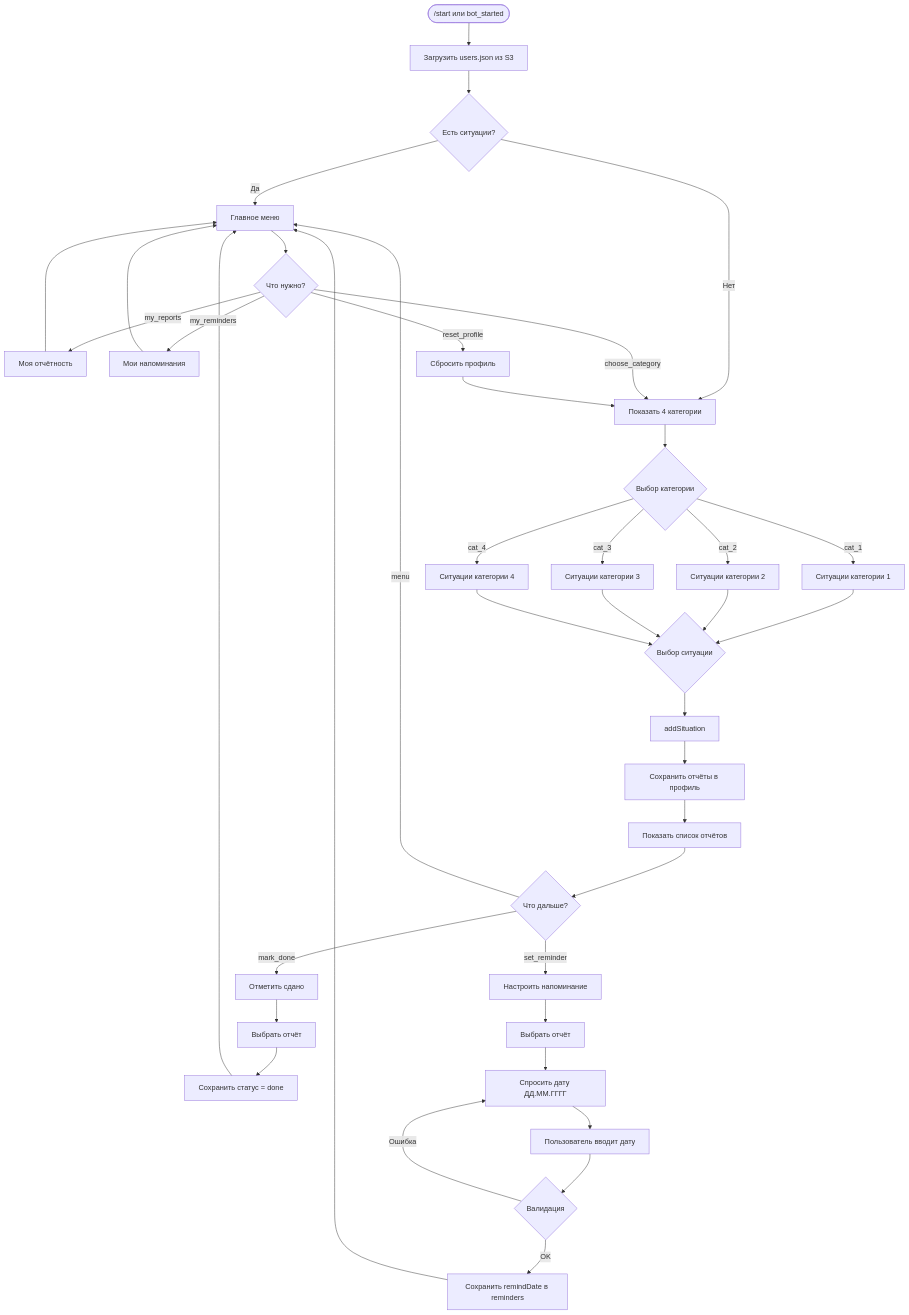
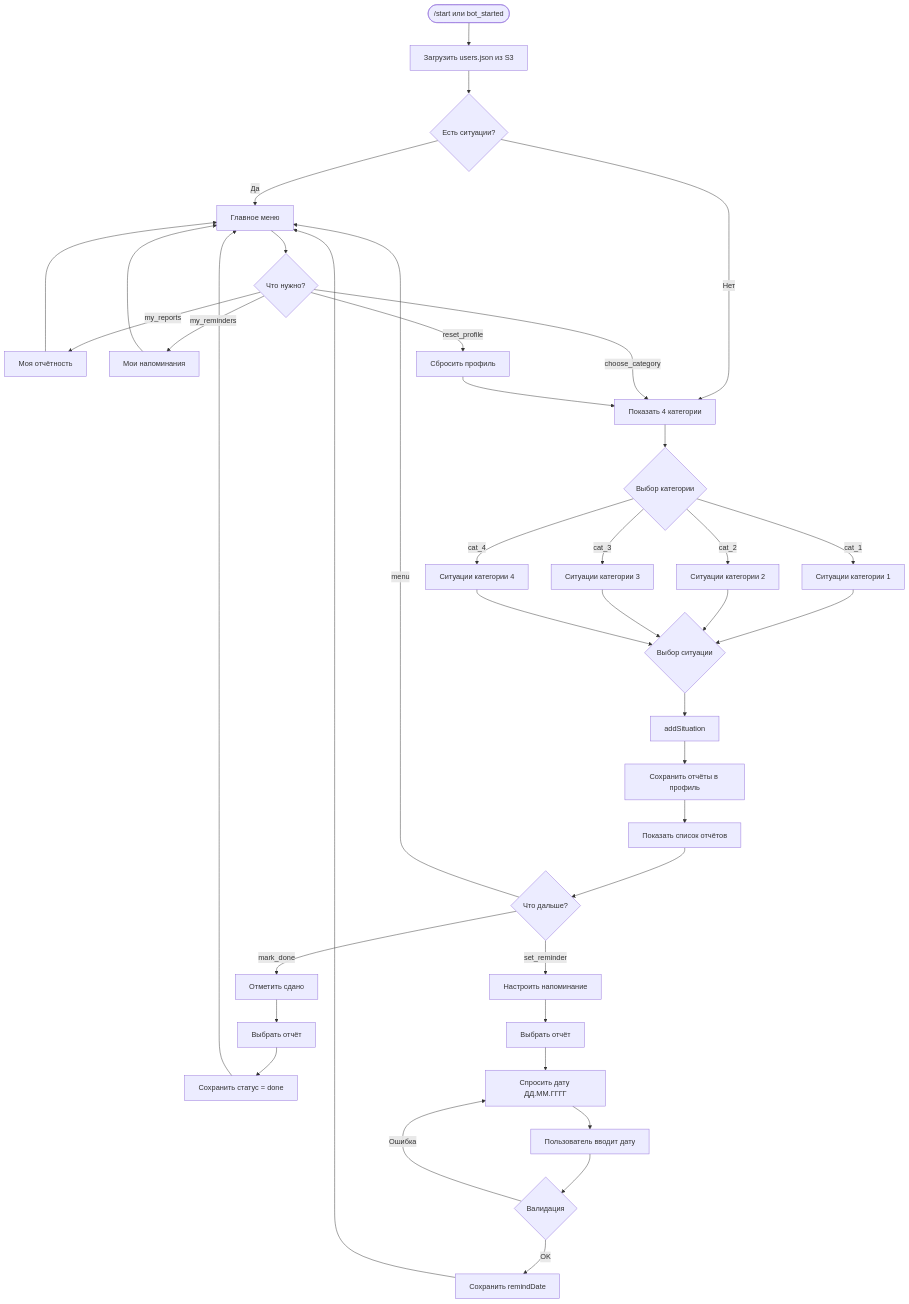
Before and after one commit to Saigafarova/Tax_Reminder_Bot: the diagram in README.md, drawn with Mermaid. The commit also changed other lines of this file, not shown here.

````diff
--- a/README.md
+++ b/README.md
@@ -63,50 +66,50 @@
 ```mermaid
 flowchart TD
     Start([/start или bot_started]) --> LoadUsers[Загрузить users.json из S3]
     LoadUsers --> CheckProfile{Есть ситуации?}
     
     CheckProfile -->|Да| MainMenu[Главное меню]
     CheckProfile -->|Нет| ShowCategories[Показать 4 категории]
     
     ShowCategories --> CategoryChoice{Выбор категории}
     CategoryChoice -->|cat_1| ShowSit1[Ситуации категории 1]
     CategoryChoice -->|cat_2| ShowSit2[Ситуации категории 2]
     CategoryChoice -->|cat_3| ShowSit3[Ситуации категории 3]
     CategoryChoice -->|cat_4| ShowSit4[Ситуации категории 4]
     
     ShowSit1 --> SitChoice{Выбор ситуации}
     ShowSit2 --> SitChoice
     ShowSit3 --> SitChoice
     ShowSit4 --> SitChoice
     
     SitChoice --> AddSituation[addSituation]
     AddSituation --> SaveReports[Сохранить отчёты в профиль]
     SaveReports --> ShowReports[Показать список отчётов]
     
     ShowReports --> ActionChoice{Что дальше?}
     ActionChoice -->|mark_done| MarkDone[Отметить сдано]
     ActionChoice -->|set_reminder| SetReminder[Настроить напоминание]
     ActionChoice -->|menu| MainMenu
     
     MarkDone --> ChooseReport[Выбрать отчёт]
     ChooseReport --> SaveStatus[Сохранить статус = done]
     SaveStatus --> MainMenu
     
     SetReminder --> ChooseReportRem[Выбрать отчёт]
     ChooseReportRem --> AskDate[Спросить дату ДД.ММ.ГГГГ]
     AskDate --> UserInput[Пользователь вводит дату]
     UserInput --> ValidateDate{Валидация}
     ValidateDate -->|Ошибка| AskDate
-    ValidateDate -->|OK| SaveReminder[Сохранить remindDate в reminders]
+    ValidateDate -->|OK| SaveReminder[Сохранить remindDate]
     SaveReminder --> MainMenu
     
     MainMenu --> MenuChoice{Что нужно?}
     MenuChoice -->|choose_category| ShowCategories
     MenuChoice -->|my_reports| MyReports[Моя отчётность]
     MenuChoice -->|my_reminders| MyReminders[Мои напоминания]
     MenuChoice -->|reset_profile| Reset[Сбросить профиль]
     
     MyReports --> MainMenu
     MyReminders --> MainMenu
     Reset --> ShowCategories
 ```
````
